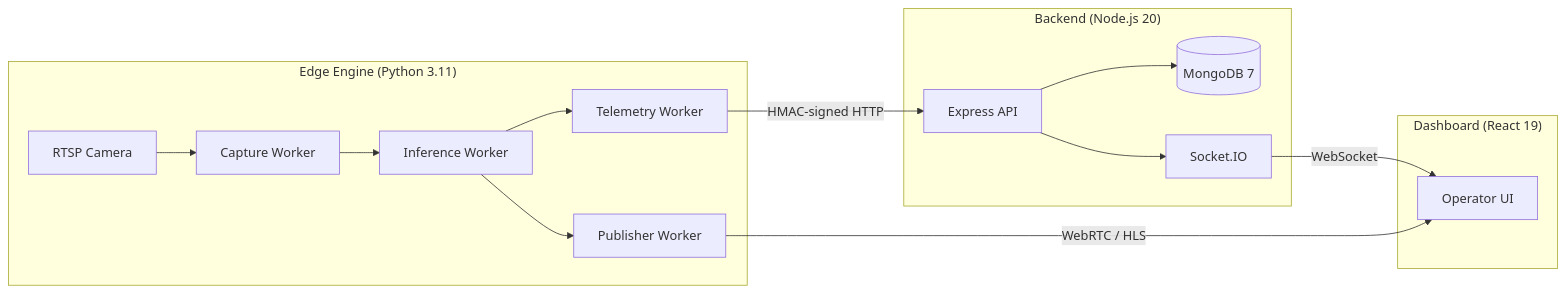
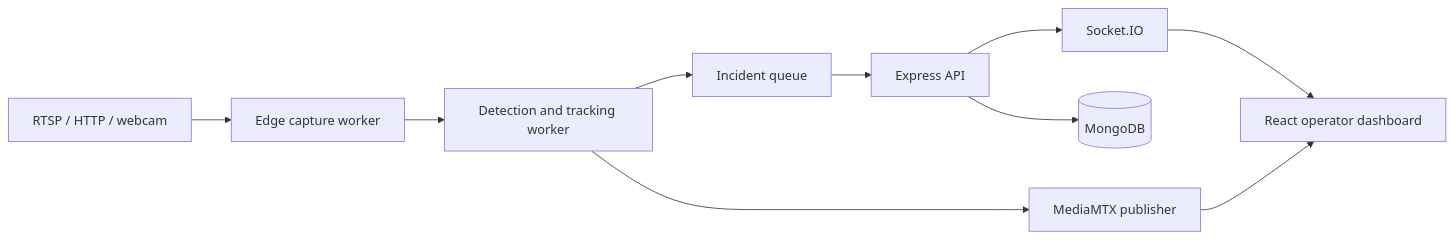
Before and after one commit to afish774/TransGuardAI: the diagram in README.md, drawn with Mermaid. The commit also changed other lines of this file and 79 other files, not shown here.

````diff
--- a/README.md
+++ b/README.md
@@ -32,20 +18,12 @@
 ```mermaid
-graph LR
-    subgraph Edge["Edge Engine (Python 3.11)"]
-        C[RTSP Camera] --> CAP[Capture Worker]
-        CAP --> INF[Inference Worker]
-        INF --> PUB[Publisher Worker]
-        INF --> TEL[Telemetry Worker]
-    end
-
-    subgraph Backend["Backend (Node.js 20)"]
-        TEL -->|"HMAC-signed HTTP"| API[Express API]
-        API --> DB[(MongoDB 7)]
-        API --> SIO[Socket.IO]
-    end
-
-    subgraph Dashboard["Dashboard (React 19)"]
-        SIO -->|"WebSocket"| UI[Operator UI]
-        PUB -->|"WebRTC / HLS"| UI
-    end
+flowchart LR
+    Camera[RTSP / HTTP / webcam] --> Capture[Edge capture worker]
+    Capture --> Inference[Detection and tracking worker]
+    Inference --> Events[Incident queue]
+    Inference --> Stream[MediaMTX publisher]
+    Events --> API[Express API]
+    API --> DB[(MongoDB)]
+    API --> Socket[Socket.IO]
+    Socket --> UI[React operator dashboard]
+    Stream --> UI
 ```
````
